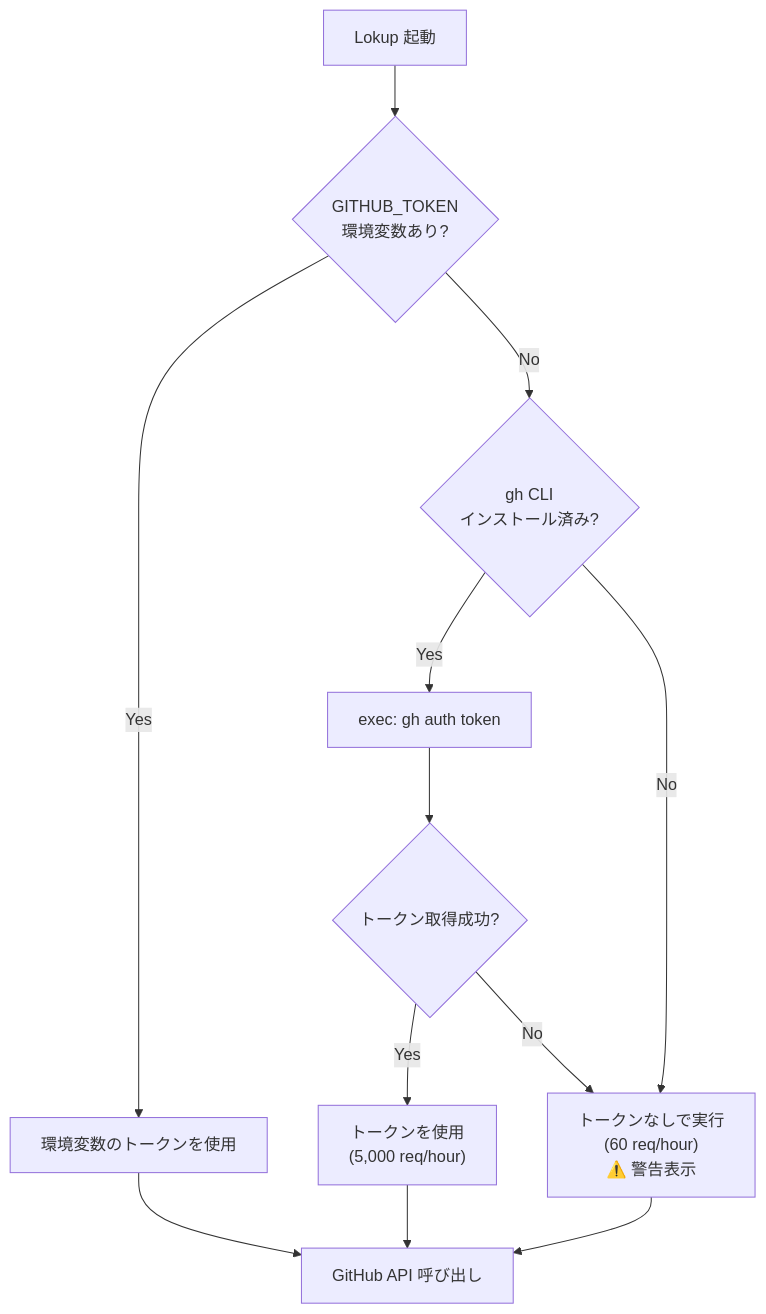
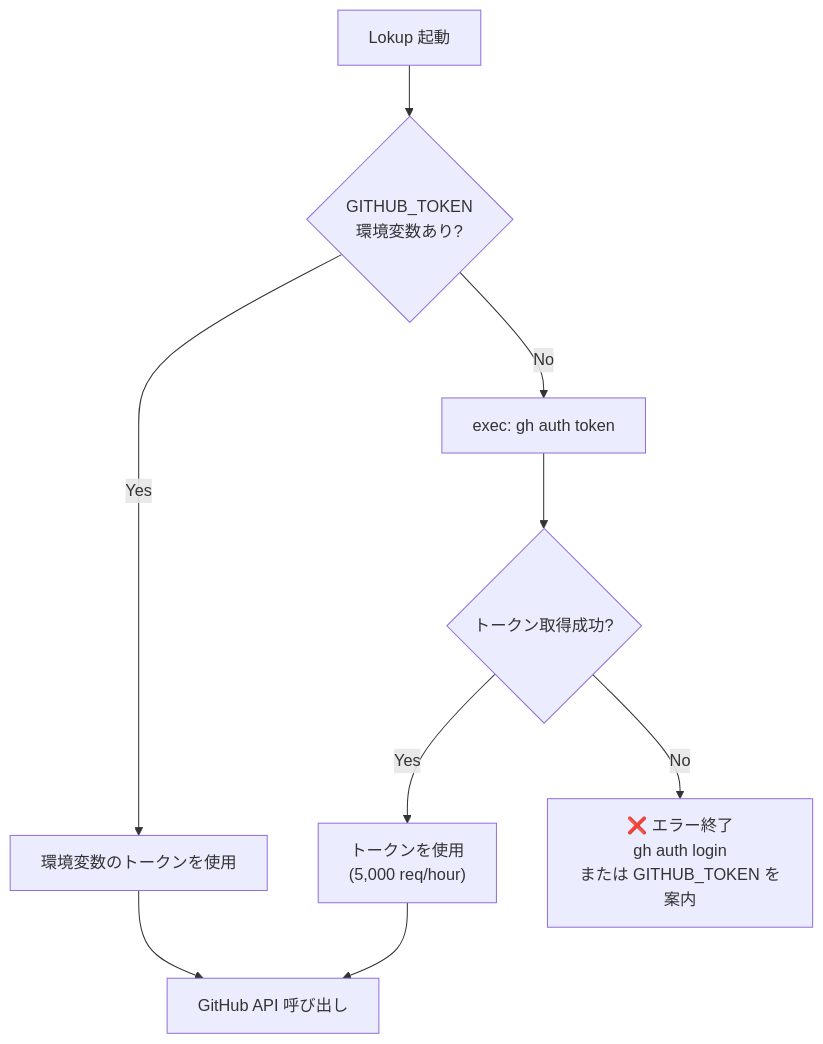
The first of 5 diagrams in docs/architecture.md (ryuka-games/lokup), drawn with Mermaid before and after one commit. The commit also changed other lines of this file and 2 other files, not shown here.

Commit message:
feat: Require GitHub authentication, remove unauthenticated fallback
Token resolution now errors if neither GITHUB_TOKEN nor gh auth token
is available. The 60 req/hour unauthenticated mode was not practical
for real repositories.

````diff
--- a/docs/architecture.md
+++ b/docs/architecture.md
@@ -9,14 +9,11 @@
 ```mermaid
 flowchart TD
     A[Lokup 起動] --> B{GITHUB_TOKEN\n環境変数あり?}
     B -- Yes --> C[環境変数のトークンを使用]
-    B -- No --> D{gh CLI\nインストール済み?}
-    D -- Yes --> E["exec: gh auth token"]
-    D -- No --> G
-    E --> F{トークン取得成功?}
-    F -- Yes --> H["トークンを使用\n(5,000 req/hour)"]
-    F -- No --> G["トークンなしで実行\n(60 req/hour)\n⚠️ 警告表示"]
-    C --> I[GitHub API 呼び出し]
-    H --> I
-    G --> I
+    B -- No --> D["exec: gh auth token"]
+    D --> E{トークン取得成功?}
+    E -- Yes --> F["トークンを使用\n(5,000 req/hour)"]
+    E -- No --> G["❌ エラー終了\ngh auth login\nまたは GITHUB_TOKEN を案内"]
+    C --> H[GitHub API 呼び出し]
+    F --> H
 ```
````
